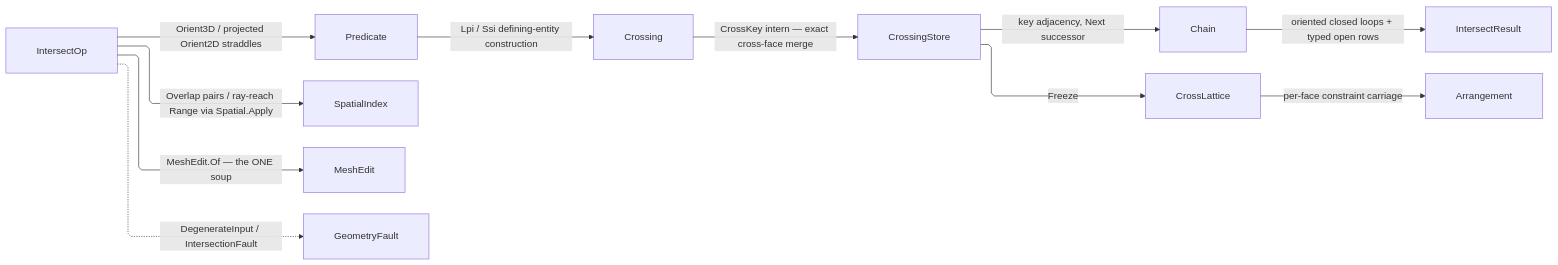
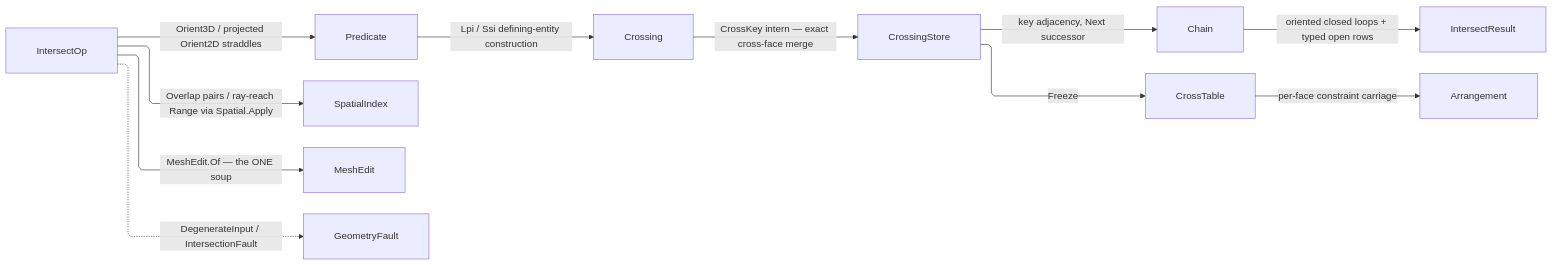
One commit to bsamiee/Rasm changed the diagram in libs/dotnet/Rasm/.planning/Meshing/intersect.md. Above: the diagram before and after it, drawn with Mermaid. The commit also changed other lines of this file and 1997 other files, not shown here.

````diff
--- a/libs/dotnet/Rasm/.planning/Meshing/intersect.md
+++ b/libs/dotnet/Rasm/.planning/Meshing/intersect.md
@@ -606,22 +605,22 @@
 ```mermaid
 ---
 config:
   layout: elk
   flowchart:
     curve: linear
     padding: 25
 ---
 flowchart LR
-    accTitle: Crossing lattice flow
+    accTitle: Crossing table flow
     accDescr: Operands flow through the broad phase, exact narrow phase, and key-interned crossing rows into chained loops and open rows.
     IntersectOp -->|Orient3D / projected Orient2D straddles| Predicate
     IntersectOp -->|Overlap pairs / ray-reach Range via Spatial.Apply| SpatialIndex
     IntersectOp -->|MeshEdit.Of — the ONE soup| MeshEdit
     Predicate -->|Lpi / Ssi defining-entity construction| Crossing
     Crossing -->|CrossKey intern — exact cross-face merge| CrossingStore
     CrossingStore -->|key adjacency, Next successor| Chain
     Chain -->|oriented closed loops + typed open rows| IntersectResult
-    CrossingStore -->|Freeze| CrossLattice
-    CrossLattice -->|per-face constraint carriage| Arrangement
+    CrossingStore -->|Freeze| CrossTable
+    CrossTable -->|per-face constraint carriage| Arrangement
     IntersectOp -.->|DegenerateInput / IntersectionFault| GeometryFault
 ```
````
